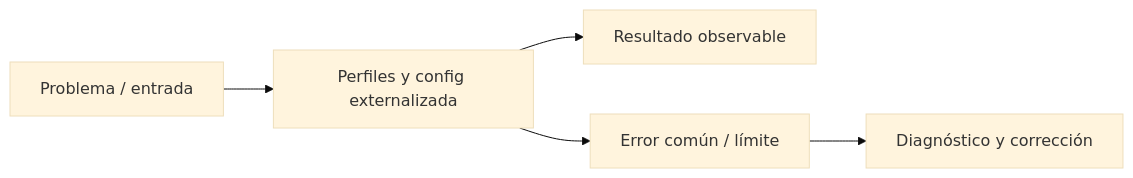
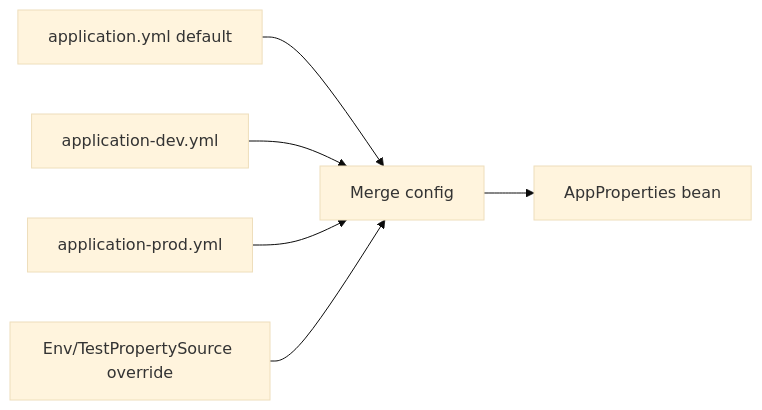
One commit to NICORUIZ93/The_Imperial_Book changed the diagram in docs/cursos/springboot-microservicios-desde-cero/fichas/m01-l08-perfiles-y-config-externalizada.md. Above: the diagram before and after it, drawn with Mermaid (base theme). The commit also changed other lines of this file and 119 other files, not shown here.

````diff
--- a/docs/cursos/springboot-microservicios-desde-cero/fichas/m01-l08-perfiles-y-config-externalizada.md
+++ b/docs/cursos/springboot-microservicios-desde-cero/fichas/m01-l08-perfiles-y-config-externalizada.md
@@ -19,7 +27,8 @@
 ```mermaid
 flowchart LR
-  A[Problema / entrada] --> B[Perfiles y config externalizada]
-  B --> C[Resultado observable]
-  B --> D[Error común / límite]
-  D --> E[Diagnóstico y corrección]
+  A[application.yml default] --> M[Merge config]
+  D[application-dev.yml] --> M
+  P[application-prod.yml] --> M
+  E[Env/TestPropertySource override] --> M
+  M --> B[AppProperties bean]
 ```
````
